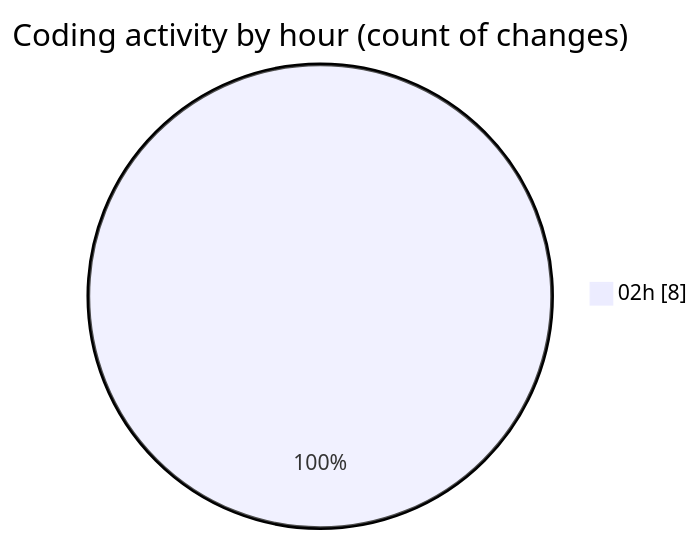
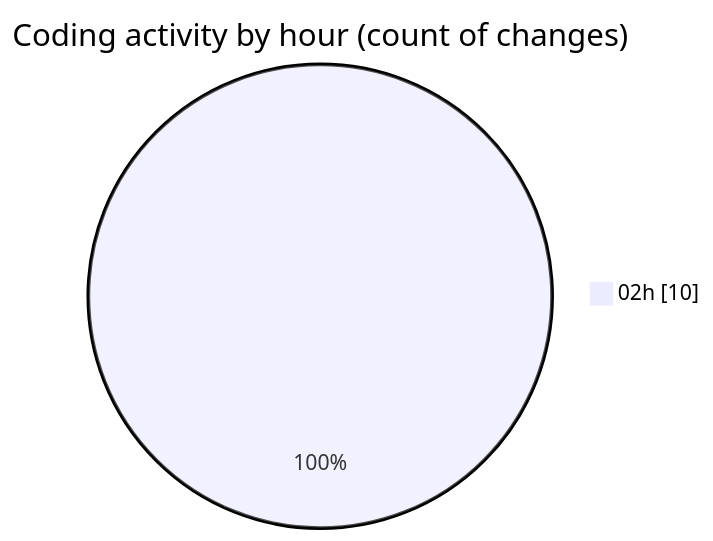
One commit to lephambinh05/code-tracking changed the second of 2 diagrams in 2025-07-31/studybuddy/README.md. Above: the diagram before and after it, drawn with Mermaid. The commit also changed other lines of this file and 1 other file, not shown here.

````diff
--- a/2025-07-31/studybuddy/README.md
+++ b/2025-07-31/studybuddy/README.md
@@ -32,5 +33,5 @@
 ```mermaid
 pie showData
 title Coding activity by hour (count of changes)
-"02h" : 8
+"02h" : 10
 ```
````
